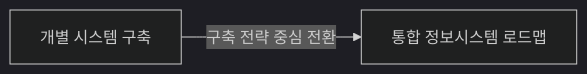
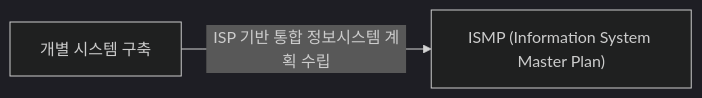
The first of 3 diagrams in docs/01-it-governance/ismp.md (jeonck/fw-thinking), drawn with Mermaid (dark theme) before and after one commit. The commit also changed other lines of this file and 123 other files, not shown here.

````diff
--- a/docs/01-it-governance/ismp.md
+++ b/docs/01-it-governance/ismp.md
@@ -9,4 +8,4 @@
 ```mermaid
 flowchart LR
-    A["개별 시스템 구축"] -- "구축 전략 중심 전환" --> B["통합 정보시스템 로드맵"]
+    A["개별 시스템 구축"] -- "ISP 기반 통합 정보시스템 계획 수립" --> B["ISMP (Information System Master Plan)"]
 ```
````
